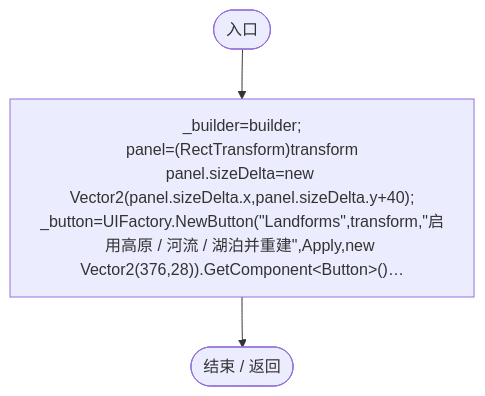
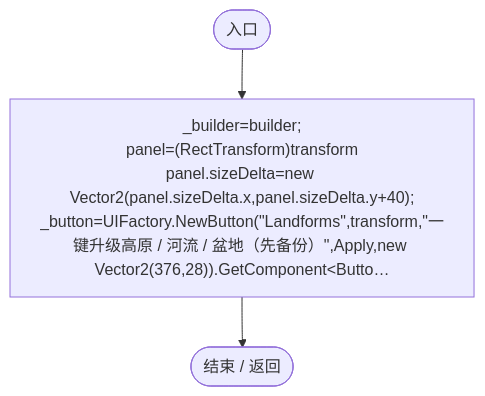
One commit to xhs6666/Darwin_paradise changed the first of 6 diagrams in Docs/运行流程图/脚本/a492c83bf894e14d.md. Above: the diagram before and after it, drawn with Mermaid. The commit also changed other lines of this file and 150 other files, not shown here.

````diff
--- a/Docs/运行流程图/脚本/a492c83bf894e14d.md
+++ b/Docs/运行流程图/脚本/a492c83bf894e14d.md
@@ -19,9 +19,9 @@
 ```mermaid
 flowchart TD
   b0(["入口"])
-  b1["_builder=builder;<br/>panel=(RectTransform)transform<br/>panel.sizeDelta=new Vector2(panel.sizeDelta.x,panel.sizeDelta.y+40);<br/>_button=UIFactory.NewButton(&quot;Landforms&quot;,transform,&quot;启用高原 / 河流 / 湖泊并重建&quot;,Apply,new Vector2(376,28)).GetComponent&lt;Button&gt;()…"]
+  b1["_builder=builder;<br/>panel=(RectTransform)transform<br/>panel.sizeDelta=new Vector2(panel.sizeDelta.x,panel.sizeDelta.y+40);<br/>_button=UIFactory.NewButton(&quot;Landforms&quot;,transform,&quot;一键升级高原 / 河流 / 盆地（先备份）&quot;,Apply,new Vector2(376,28)).GetComponent&lt;Butto…"]
   b2(["结束 / 返回"])
   b0 --> b1
   b1 --> b2
 
 ```
````
